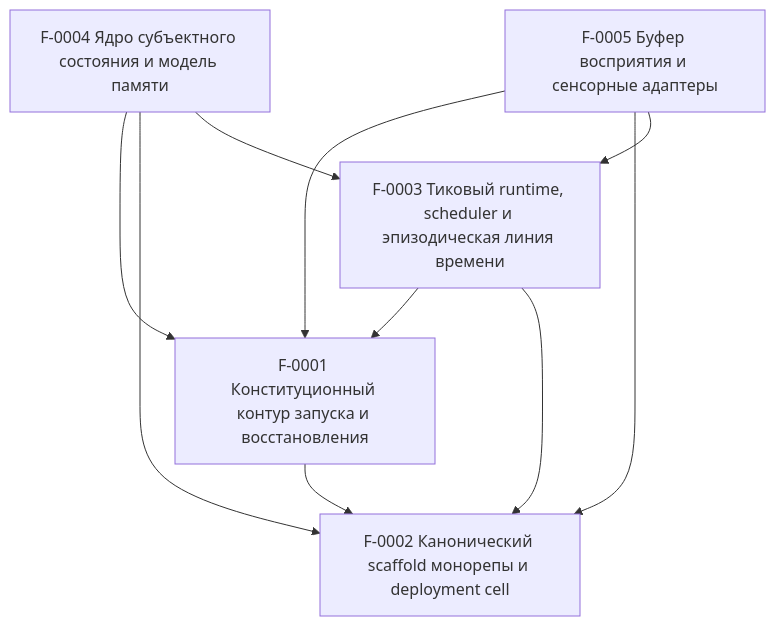
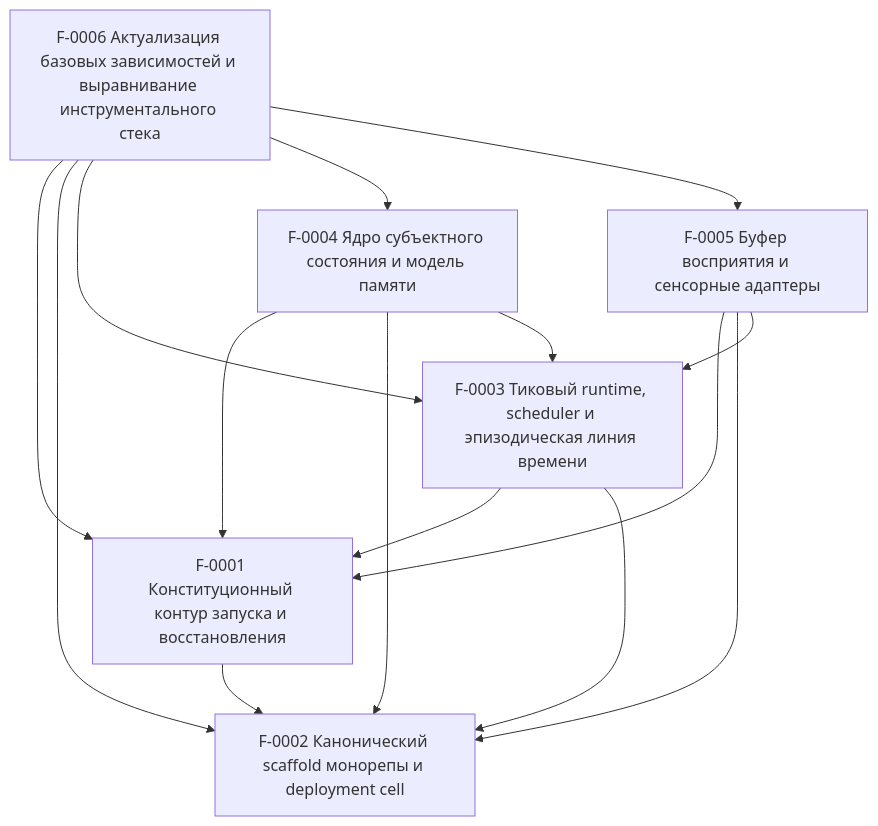
The diagram in docs/ssot/index.md (kostysh/yaagi), drawn with Mermaid before and after one commit. The commit also changed other lines of this file and 10 other files, not shown here.

````diff
--- a/docs/ssot/index.md
+++ b/docs/ssot/index.md
@@ -23,17 +24,23 @@
 ```mermaid
 graph TD
   F0001["F-0001 Конституционный контур запуска и восстановления"]
   F0002["F-0002 Канонический scaffold монорепы и deployment cell"]
   F0003["F-0003 Тиковый runtime, scheduler и эпизодическая линия времени"]
   F0004["F-0004 Ядро субъектного состояния и модель памяти"]
   F0005["F-0005 Буфер восприятия и сенсорные адаптеры"]
+  F0006["F-0006 Актуализация базовых зависимостей и выравнивание инструментального стека"]
   F0001 --> F0002
   F0003 --> F0001
   F0003 --> F0002
   F0004 --> F0001
   F0004 --> F0002
   F0004 --> F0003
   F0005 --> F0001
   F0005 --> F0002
   F0005 --> F0003
+  F0006 --> F0001
+  F0006 --> F0002
+  F0006 --> F0003
+  F0006 --> F0004
+  F0006 --> F0005
 ```
````
